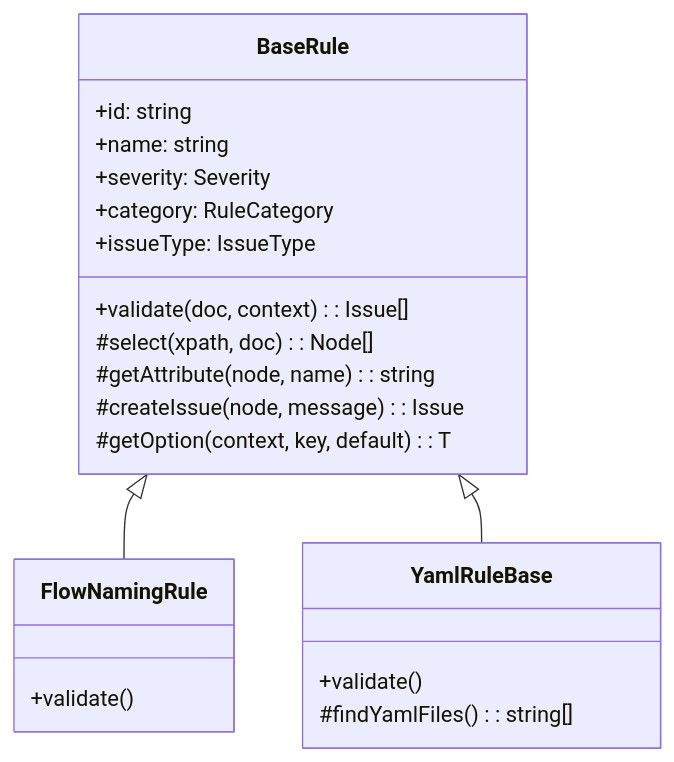
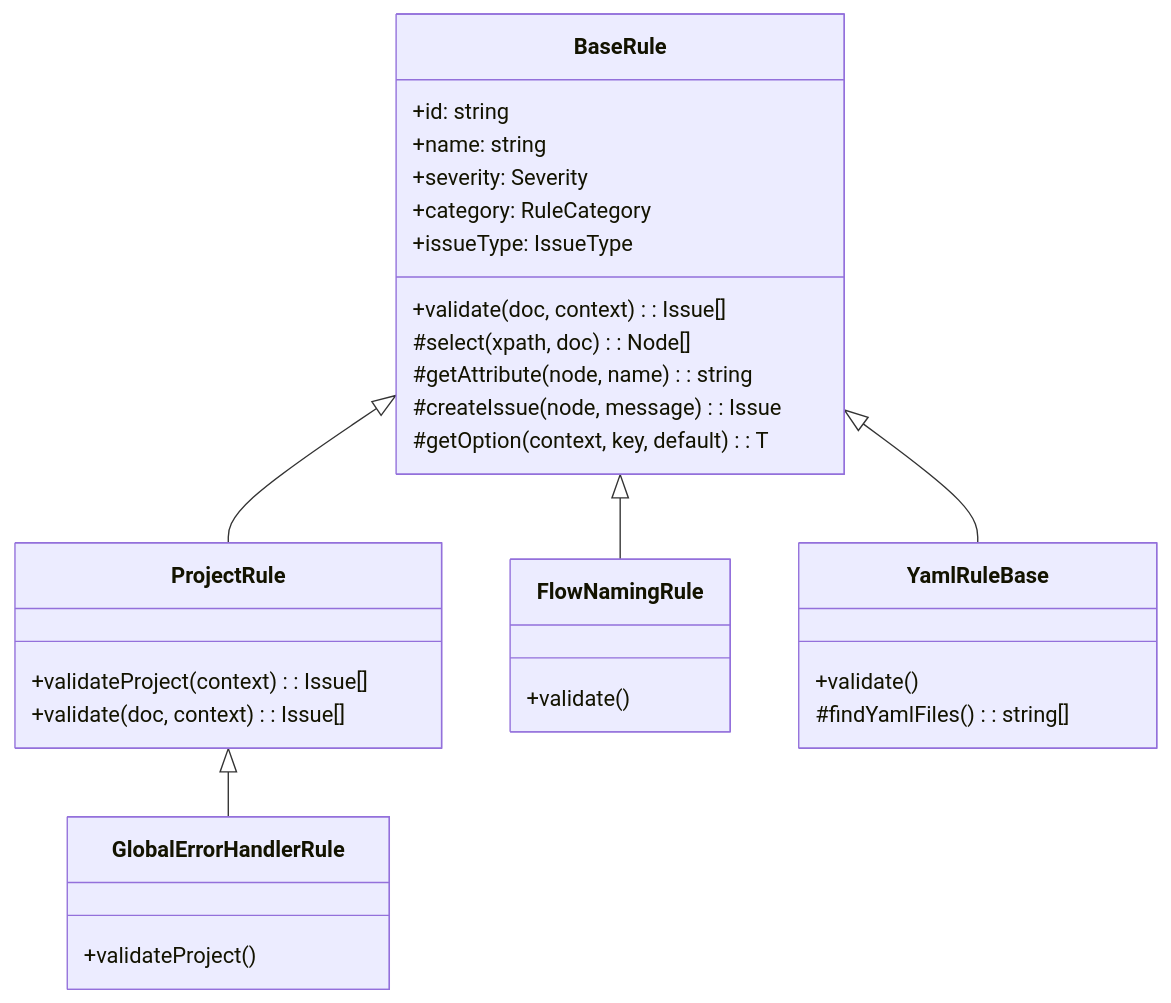
Before and after one commit to Avinava/mule-lint: the third of 3 diagrams in docs/linter/architecture.md, drawn with Mermaid. The commit also changed other lines of this file and 4 other files, not shown here.

````diff
--- a/docs/linter/architecture.md
+++ b/docs/linter/architecture.md
@@ -133,27 +172,38 @@
 ```mermaid
 classDiagram
     class BaseRule {
         +id: string
         +name: string
         +severity: Severity
         +category: RuleCategory
         +issueType: IssueType
         +validate(doc, context): Issue[]
         #select(xpath, doc): Node[]
         #getAttribute(node, name): string
         #createIssue(node, message): Issue
         #getOption(context, key, default): T
     }
 
+    class ProjectRule {
+        +validateProject(context): Issue[]
+        +validate(doc, context): Issue[]
+    }
+
     class FlowNamingRule {
         +validate()
     }
 
     class YamlRuleBase {
         +validate()
         #findYamlFiles(): string[]
     }
 
+    class GlobalErrorHandlerRule {
+        +validateProject()
+    }
+
     BaseRule <|-- FlowNamingRule
     BaseRule <|-- YamlRuleBase
+    BaseRule <|-- ProjectRule
+    ProjectRule <|-- GlobalErrorHandlerRule
 ```
````
